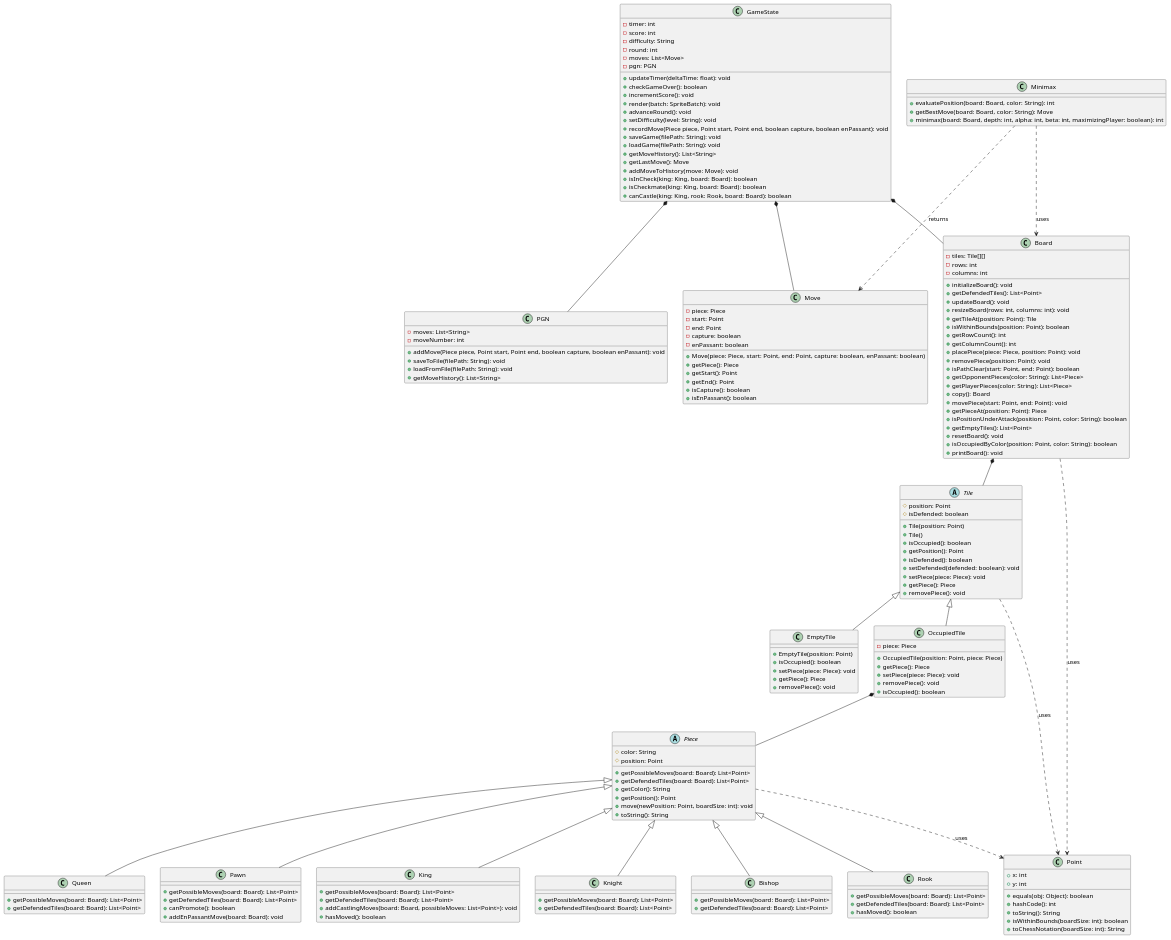
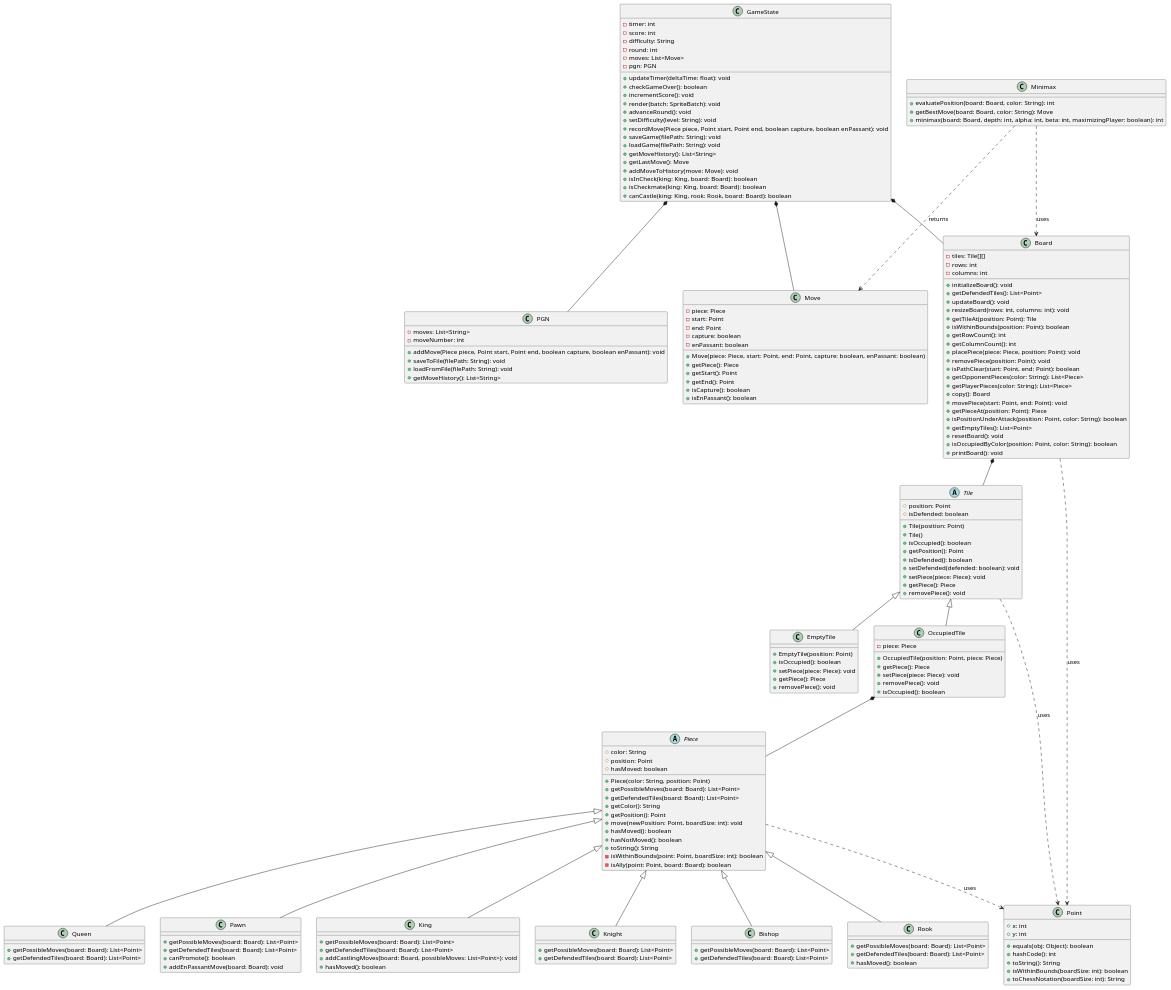
Before and after one commit to TerminalGambit/PCOO-projetfinal: the diagram in UML/WithoutTest.puml, drawn with PlantUML. The commit also changed 1 other file, not shown here.

Commit message:
Piece.java + UML

```diff
--- a/UML/WithoutTest.puml
+++ b/UML/WithoutTest.puml
@@ -1,182 +1,189 @@
 @startuml
 
 class Point {
     +x: int
     +y: int
     +equals(obj: Object): boolean
     +hashCode(): int
     +toString(): String
     +isWithinBounds(boardSize: int): boolean
     +toChessNotation(boardSize: int): String
 }
 
 abstract class Tile {
     #position: Point
     #isDefended: boolean
     +Tile(position: Point)
     +Tile()
     +isOccupied(): boolean
     +getPosition(): Point
     +isDefended(): boolean
     +setDefended(defended: boolean): void
     +setPiece(piece: Piece): void
     +getPiece(): Piece
     +removePiece(): void
 }
 
 class EmptyTile extends Tile {
     +EmptyTile(position: Point)
     +isOccupied(): boolean
     +setPiece(piece: Piece): void
     +getPiece(): Piece
     +removePiece(): void
 }
 
 class OccupiedTile extends Tile {
     -piece: Piece
     +OccupiedTile(position: Point, piece: Piece)
     +getPiece(): Piece
     +setPiece(piece: Piece): void
     +removePiece(): void
     +isOccupied(): boolean
 }
 
 abstract class Piece {
     #color: String
     #position: Point
+    #hasMoved: boolean
+    +Piece(color: String, position: Point)
     +getPossibleMoves(board: Board): List<Point>
     +getDefendedTiles(board: Board): List<Point>
     +getColor(): String
     +getPosition(): Point
     +move(newPosition: Point, boardSize: int): void
+    +hasMoved(): boolean
+    +hasNotMoved(): boolean
     +toString(): String
+    -isWithinBounds(point: Point, boardSize: int): boolean
+    -isAlly(point: Point, board: Board): boolean
 }
+
 
 class King extends Piece {
     +getPossibleMoves(board: Board): List<Point>
     +getDefendedTiles(board: Board): List<Point>
     +addCastlingMoves(board: Board, possibleMoves: List<Point>): void
     +hasMoved(): boolean
 }
 
 class Knight extends Piece {
     +getPossibleMoves(board: Board): List<Point>
     +getDefendedTiles(board: Board): List<Point>
 }
 
 class Bishop extends Piece {
     +getPossibleMoves(board: Board): List<Point>
     +getDefendedTiles(board: Board): List<Point>
 }
 
 class Rook extends Piece {
     +getPossibleMoves(board: Board): List<Point>
     +getDefendedTiles(board: Board): List<Point>
     +hasMoved(): boolean
 }
 
 class Queen extends Piece {
     +getPossibleMoves(board: Board): List<Point>
     +getDefendedTiles(board: Board): List<Point>
 }
 
 class Pawn extends Piece {
     +getPossibleMoves(board: Board): List<Point>
     +getDefendedTiles(board: Board): List<Point>
     +canPromote(): boolean
     +addEnPassantMove(board: Board): void
 }
 
 class Board {
     -tiles: Tile[][]
     -rows: int
     -columns: int
     +initializeBoard(): void
     +getDefendedTiles(): List<Point>
     +updateBoard(): void
     +resizeBoard(rows: int, columns: int): void
     +getTileAt(position: Point): Tile
     +isWithinBounds(position: Point): boolean
     +getRowCount(): int
     +getColumnCount(): int
     +placePiece(piece: Piece, position: Point): void
     +removePiece(position: Point): void
     +isPathClear(start: Point, end: Point): boolean
     +getOpponentPieces(color: String): List<Piece>
     +getPlayerPieces(color: String): List<Piece>
     +copy(): Board
     +movePiece(start: Point, end: Point): void
     +getPieceAt(position: Point): Piece
     +isPositionUnderAttack(position: Point, color: String): boolean
     +getEmptyTiles(): List<Point>
     +resetBoard(): void
     +isOccupiedByColor(position: Point, color: String): boolean
     +printBoard(): void
 }
 
 class GameState {
     -timer: int
     -score: int
     -difficulty: String
     -round: int
     -moves: List<Move>
     -pgn: PGN
     +updateTimer(deltaTime: float): void
     +checkGameOver(): boolean
     +incrementScore(): void
     +render(batch: SpriteBatch): void
     +advanceRound(): void
     +setDifficulty(level: String): void
     +recordMove(Piece piece, Point start, Point end, boolean capture, boolean enPassant): void
     +saveGame(filePath: String): void
     +loadGame(filePath: String): void
     +getMoveHistory(): List<String>
     +getLastMove(): Move
     +addMoveToHistory(move: Move): void
     +isInCheck(king: King, board: Board): boolean
     +isCheckmate(king: King, board: Board): boolean
     +canCastle(king: King, rook: Rook, board: Board): boolean
 }
 
 class PGN {
     -moves: List<String>
     -moveNumber: int
     +addMove(Piece piece, Point start, Point end, boolean capture, boolean enPassant): void
     +saveToFile(filePath: String): void
     +loadFromFile(filePath: String): void
     +getMoveHistory(): List<String>
 }
 
 class Minimax {
     +evaluatePosition(board: Board, color: String): int
     +getBestMove(board: Board, color: String): Move
     +minimax(board: Board, depth: int, alpha: int, beta: int, maximizingPlayer: boolean): int
 }
 
 class Move {
     -piece: Piece
     -start: Point
     -end: Point
     -capture: boolean
     -enPassant: boolean
     +Move(piece: Piece, start: Point, end: Point, capture: boolean, enPassant: boolean)
     +getPiece(): Piece
     +getStart(): Point
     +getEnd(): Point
     +isCapture(): boolean
     +isEnPassant(): boolean
 }
 
 OccupiedTile *-- Piece
 Board *-- Tile
 GameState *-- Board
 GameState *-- PGN
 GameState *-- Move
 Minimax ..> Board : uses
 Minimax ..> Move : returns
 
 Tile ..> Point : uses
 Piece ..> Point : uses
 Board ..> Point : uses
 
 @enduml
```
